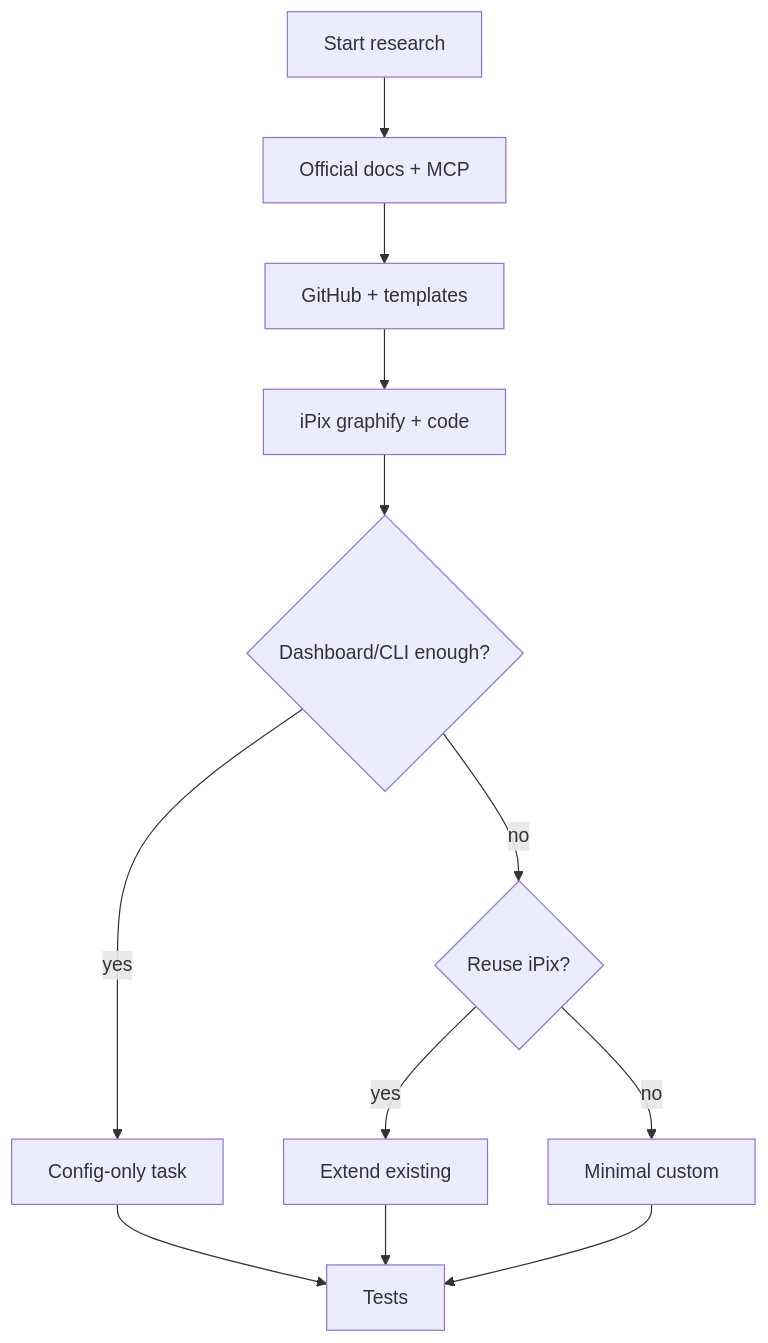
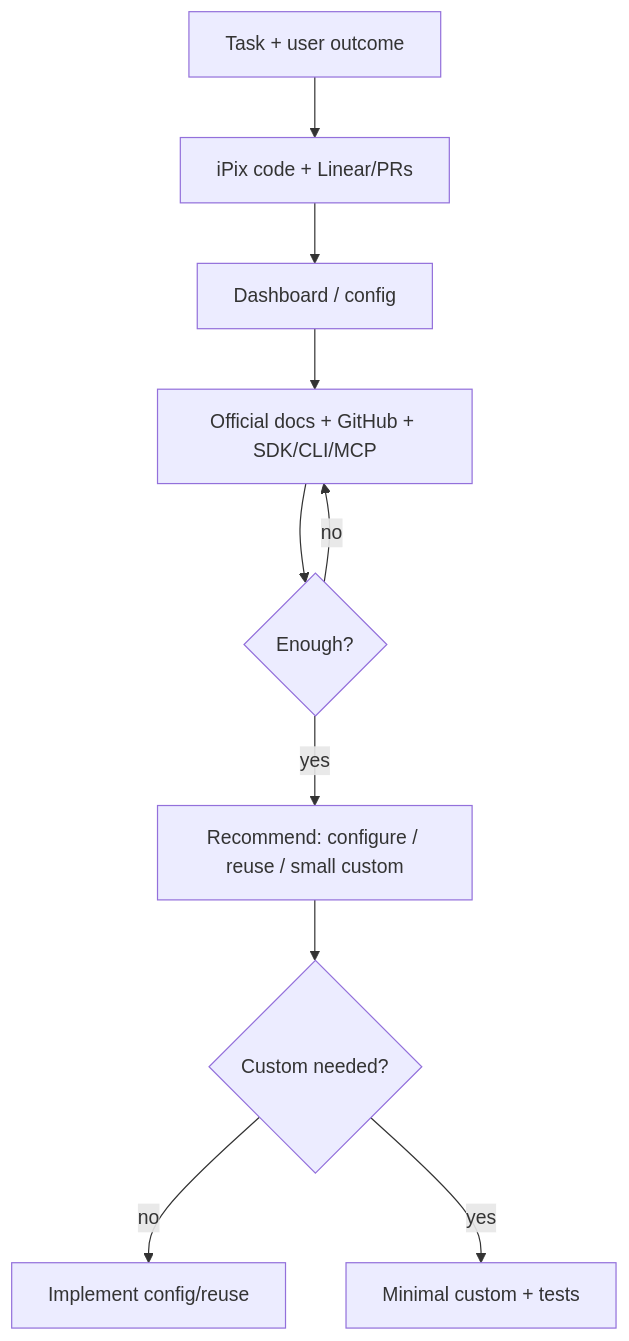
Before and after one commit to amo-tech-ai/lumina-studio: the diagram in docs/process/03-ai-research-playbook.md, drawn with Mermaid. The commit also changed other lines of this file and 8 other files, not shown here.

````diff
--- a/docs/process/03-ai-research-playbook.md
+++ b/docs/process/03-ai-research-playbook.md
@@ -81,14 +26,12 @@
 ```mermaid
 flowchart TD
-  R[Start research] --> D[Official docs + MCP]
-  D --> G[GitHub + templates]
-  G --> I[iPix graphify + code]
-  I --> P{Dashboard/CLI enough?}
-  P -->|yes| C[Config-only task]
-  P -->|no| U{Reuse iPix?}
-  U -->|yes| X[Extend existing]
-  U -->|no| Y[Minimal custom]
-  C --> T[Tests]
-  X --> T
-  Y --> T
+  A[Task + user outcome] --> B[iPix code + Linear/PRs]
+  B --> C[Dashboard / config]
+  C --> D[Official docs + GitHub + SDK/CLI/MCP]
+  D --> E{Enough?}
+  E -->|yes| F[Recommend: configure / reuse / small custom]
+  E -->|no| D
+  F --> G{Custom needed?}
+  G -->|no| H[Implement config/reuse]
+  G -->|yes| I[Minimal custom + tests]
 ```
````
